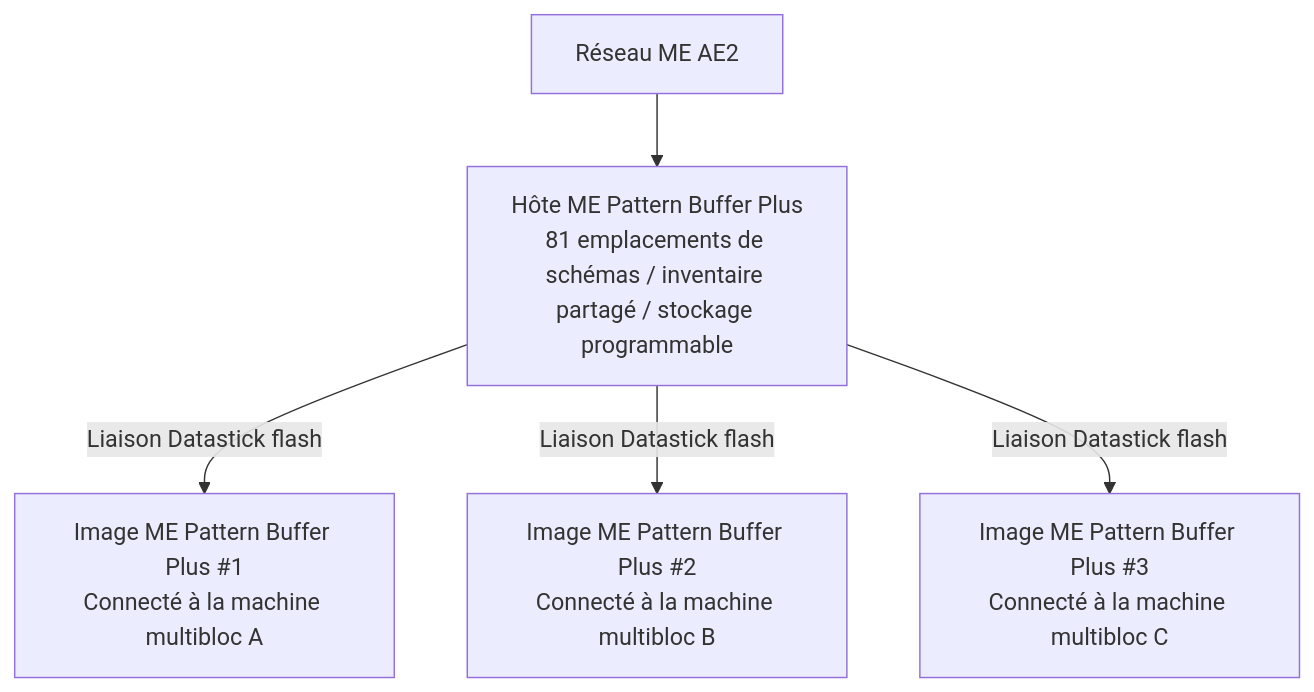
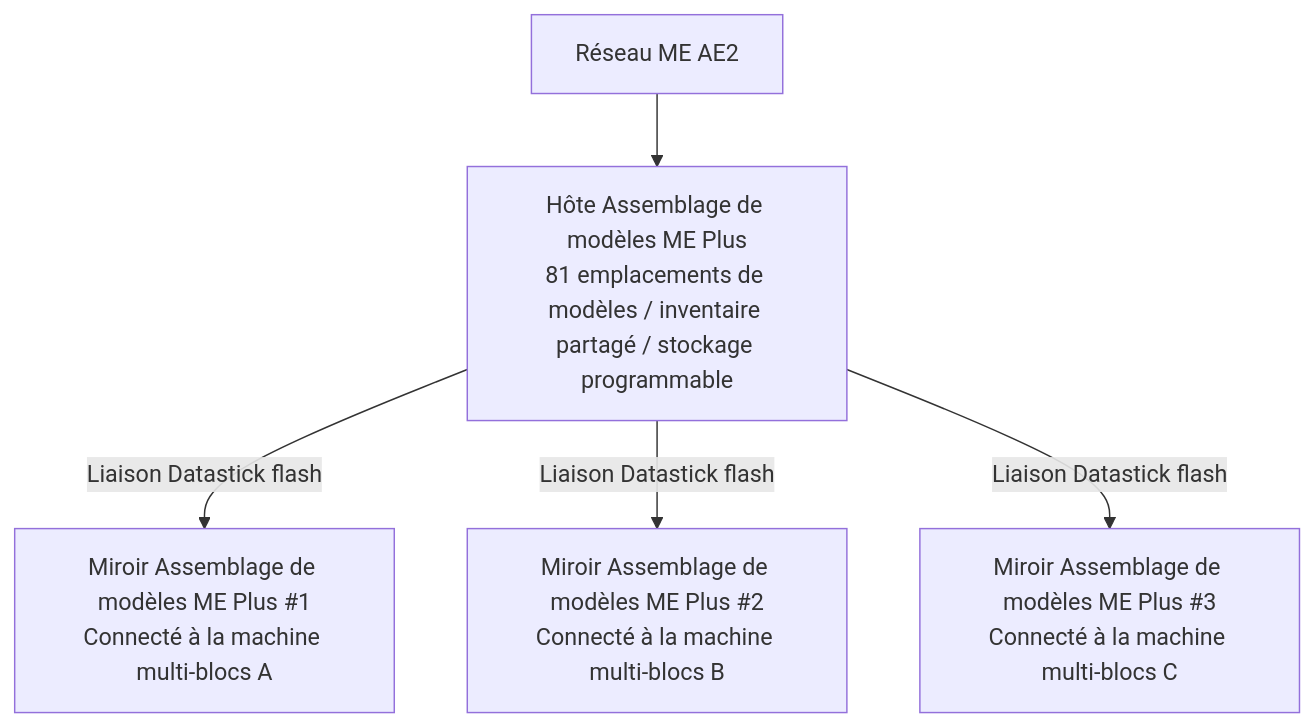
One commit to takanashisatou/GregtechEasy changed the diagram in docs/fr/gtecore/ae2-integration.md. Above: the diagram before and after it, drawn with Mermaid. The commit also changed other lines of this file and 138 other files, not shown here.

````diff
--- a/docs/fr/gtecore/ae2-integration.md
+++ b/docs/fr/gtecore/ae2-integration.md
@@ -13,7 +13,7 @@
 ```mermaid
 graph TD
-    A[Réseau ME AE2] --> B[Hôte ME Pattern Buffer Plus<br/>81 emplacements de schémas / inventaire partagé / stockage programmable]
-    B -->|Liaison Datastick flash| C[Image ME Pattern Buffer Plus #1<br/>Connecté à la machine multibloc A]
-    B -->|Liaison Datastick flash| D[Image ME Pattern Buffer Plus #2<br/>Connecté à la machine multibloc B]
-    B -->|Liaison Datastick flash| E[Image ME Pattern Buffer Plus #3<br/>Connecté à la machine multibloc C]
+    A[Réseau ME AE2] --> B[Hôte Assemblage de modèles ME Plus<br/>81 emplacements de modèles / inventaire partagé / stockage programmable]
+    B -->|Liaison Datastick flash| C[Miroir Assemblage de modèles ME Plus #1<br/>Connecté à la machine multi-blocs A]
+    B -->|Liaison Datastick flash| D[Miroir Assemblage de modèles ME Plus #2<br/>Connecté à la machine multi-blocs B]
+    B -->|Liaison Datastick flash| E[Miroir Assemblage de modèles ME Plus #3<br/>Connecté à la machine multi-blocs C]
 ```
````
